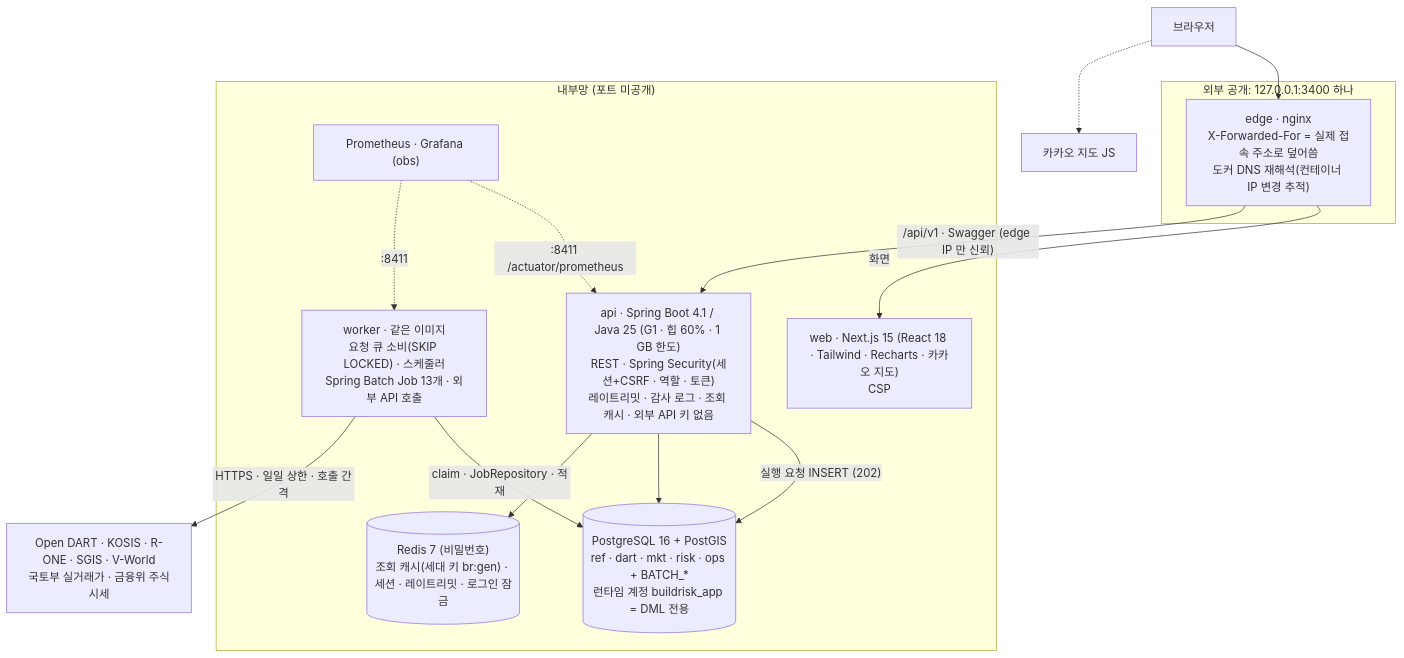
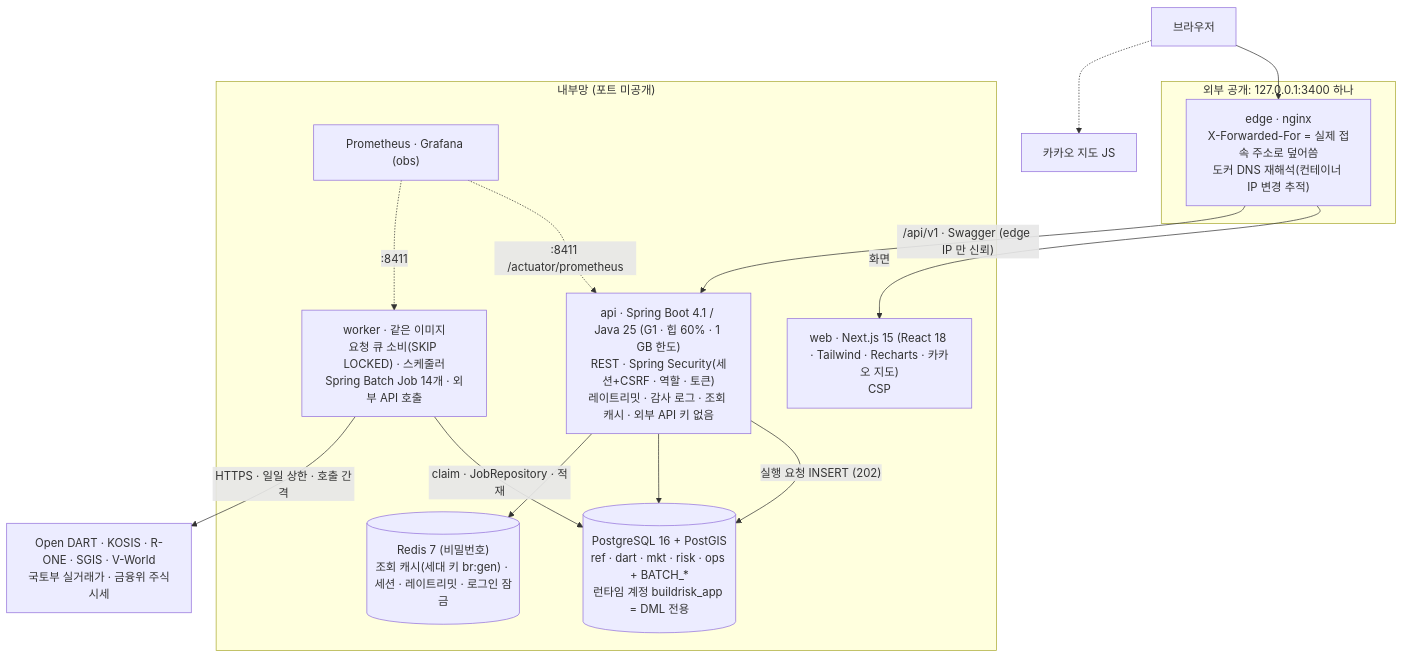
One commit to Jinyoung-Kang/buildrisk-radar changed the first of 2 diagrams in README.md. Above: the diagram before and after it, drawn with Mermaid. The commit also changed other lines of this file and 53 other files, not shown here.

````diff
--- a/README.md
+++ b/README.md
@@ -109,29 +110,29 @@
 ```mermaid
 flowchart TB
   user["브라우저"]
   subgraph edgezone["외부 공개: 127.0.0.1:3400 하나"]
     edge["edge · nginx<br/>X-Forwarded-For = 실제 접속 주소로 덮어씀<br/>도커 DNS 재해석(컨테이너 IP 변경 추적)"]
   end
   subgraph internal["내부망 (포트 미공개)"]
     web["web · Next.js 15 (React 18 · Tailwind · Recharts · 카카오 지도)<br/>CSP"]
     api["api · Spring Boot 4.1 / Java 25 (G1 · 힙 60% · 1 GB 한도)<br/>REST · Spring Security(세션+CSRF · 역할 · 토큰)<br/>레이트리밋 · 감사 로그 · 조회 캐시 · 외부 API 키 없음"]
-    worker["worker · 같은 이미지<br/>요청 큐 소비(SKIP LOCKED) · 스케줄러<br/>Spring Batch Job 13개 · 외부 API 호출"]
+    worker["worker · 같은 이미지<br/>요청 큐 소비(SKIP LOCKED) · 스케줄러<br/>Spring Batch Job 14개 · 외부 API 호출"]
     pg[("PostgreSQL 16 + PostGIS<br/>ref · dart · mkt · risk · ops + BATCH_*<br/>런타임 계정 buildrisk_app = DML 전용")]
     redis[("Redis 7 (비밀번호)<br/>조회 캐시(세대 키 br:gen) · 세션 · 레이트리밋 · 로그인 잠금")]
     prom["Prometheus · Grafana (obs)"]
   end
   ext["Open DART · KOSIS · R-ONE · SGIS · V-World<br/>국토부 실거래가 · 금융위 주식시세"]
   kakao["카카오 지도 JS"]
 
   user --> edge
   user -.-> kakao
   edge -- "화면" --> web
   edge -- "/api/v1 · Swagger (edge IP 만 신뢰)" --> api
   api -- "실행 요청 INSERT (202)" --> pg
   worker -- "claim · JobRepository · 적재" --> pg
   worker -- "HTTPS · 일일 상한 · 호출 간격" --> ext
   api --> pg
   api --> redis
   prom -. ":8411 /actuator/prometheus" .-> api
   prom -. ":8411" .-> worker
 ```
````
